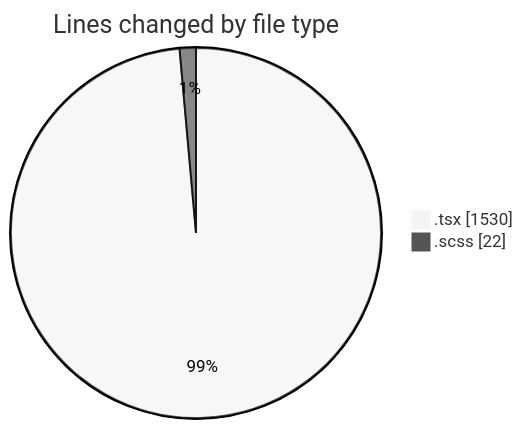
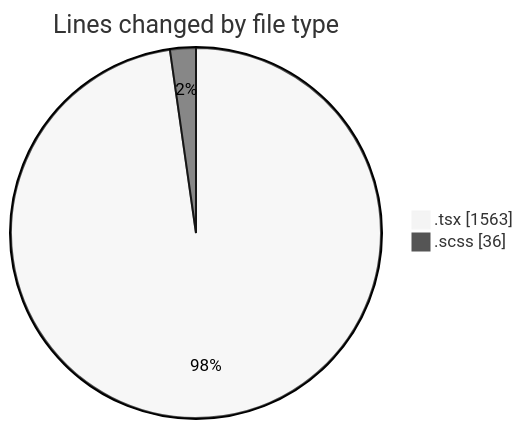
The first of 2 diagrams in 2025-06-16/cda/README.md (momahboobian/code-tracking), drawn with Mermaid (neutral theme) before and after one commit. The commit also changed other lines of this file and 1 other file, not shown here.

````diff
--- a/2025-06-16/cda/README.md
+++ b/2025-06-16/cda/README.md
@@ -21,6 +23,6 @@
 ```mermaid
 pie showData
 title Lines changed by file type
-".tsx" : 1530
-".scss" : 22
+".tsx" : 1563
+".scss" : 36
 ```
````
